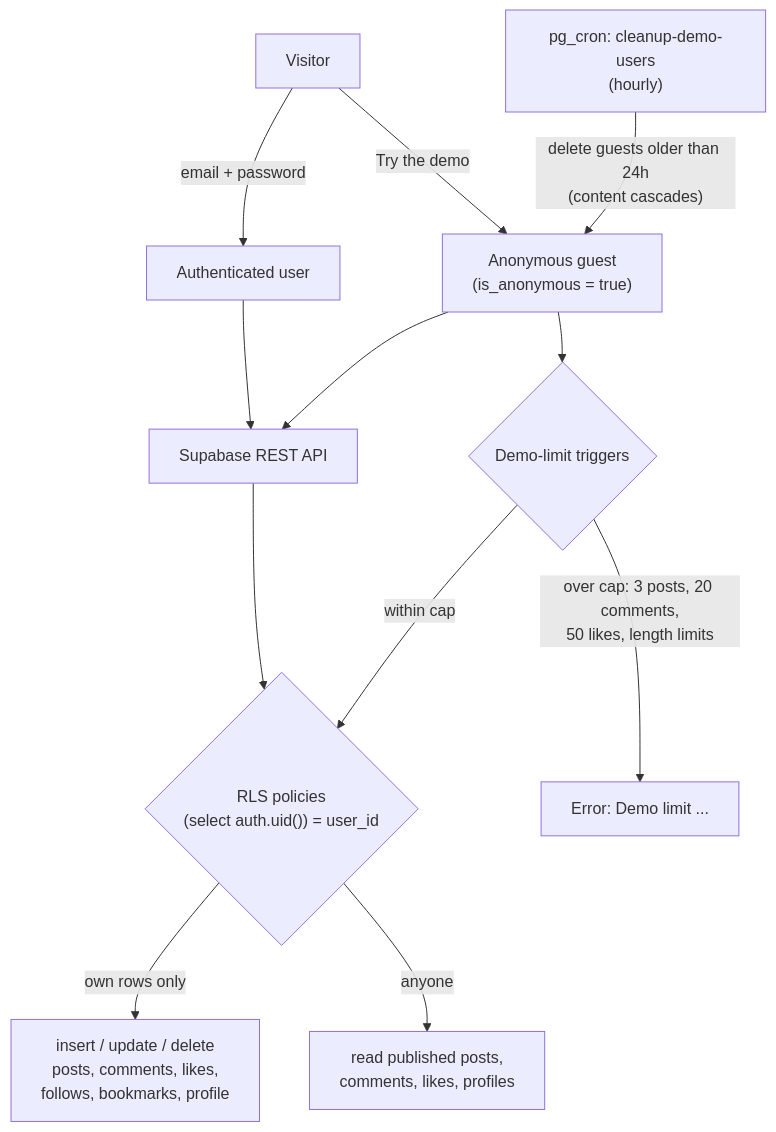
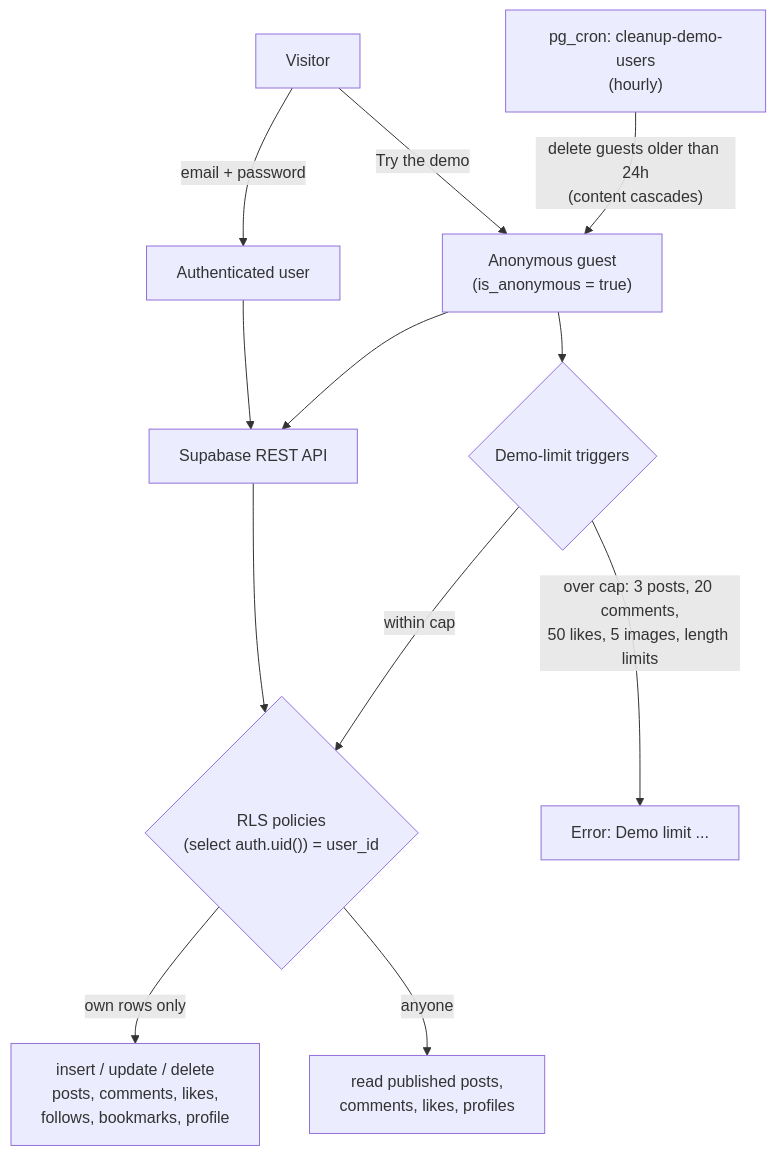
One commit to JoshuaMColon/blog-platform changed the first of 3 diagrams in README.md. Above: the diagram before and after it, drawn with Mermaid. The commit also changed other lines of this file and 18 other files, not shown here.

````diff
--- a/README.md
+++ b/README.md
@@ -146,14 +149,14 @@
 ```mermaid
 flowchart TD
     V[Visitor] -->|email + password| U[Authenticated user]
     V -->|Try the demo| G["Anonymous guest<br/>(is_anonymous = true)"]
     U --> API[Supabase REST API]
     G --> API
     API --> RLS{"RLS policies<br/>(select auth.uid()) = user_id"}
     RLS -->|own rows only| W["insert / update / delete<br/>posts, comments, likes,<br/>follows, bookmarks, profile"]
     RLS -->|anyone| R["read published posts,<br/>comments, likes, profiles"]
     G --> T{"Demo-limit triggers"}
-    T -->|"over cap: 3 posts, 20 comments,<br/>50 likes, length limits"| X["Error: Demo limit ..."]
+    T -->|"over cap: 3 posts, 20 comments,<br/>50 likes, 5 images, length limits"| X["Error: Demo limit ..."]
     T -->|"within cap"| RLS
     C["pg_cron: cleanup-demo-users<br/>(hourly)"] -->|"delete guests older than 24h<br/>(content cascades)"| G
 ```
````
